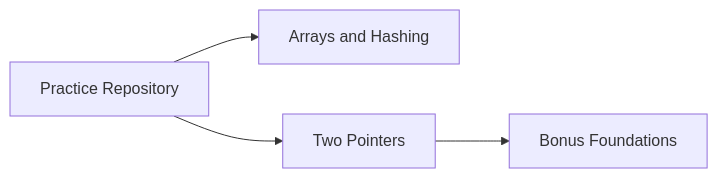
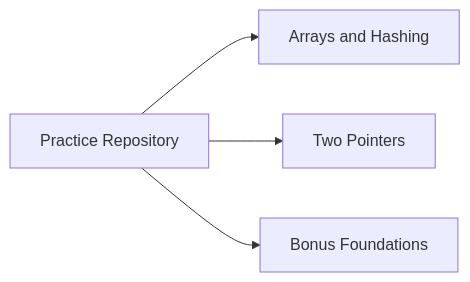
The second of 2 diagrams in README.md (halcyon-past/SDE_PRACTICE_SHEET-MASTERY), drawn with Mermaid before and after one commit. The commit also changed other lines of this file and 3 other files, not shown here.

````diff
--- a/README.md
+++ b/README.md
@@ -26,6 +29,7 @@
 ```mermaid
 graph LR
-	A[Practice Repository] --> B[Arrays and Hashing]
-	A --> C[Two Pointers]
-	C --> D[Bonus Foundations]
+    A[Practice Repository]
+    A --> T1[Arrays and Hashing]
+    A --> T2[Two Pointers]
+    A --> B0[Bonus Foundations]
 ```
````
